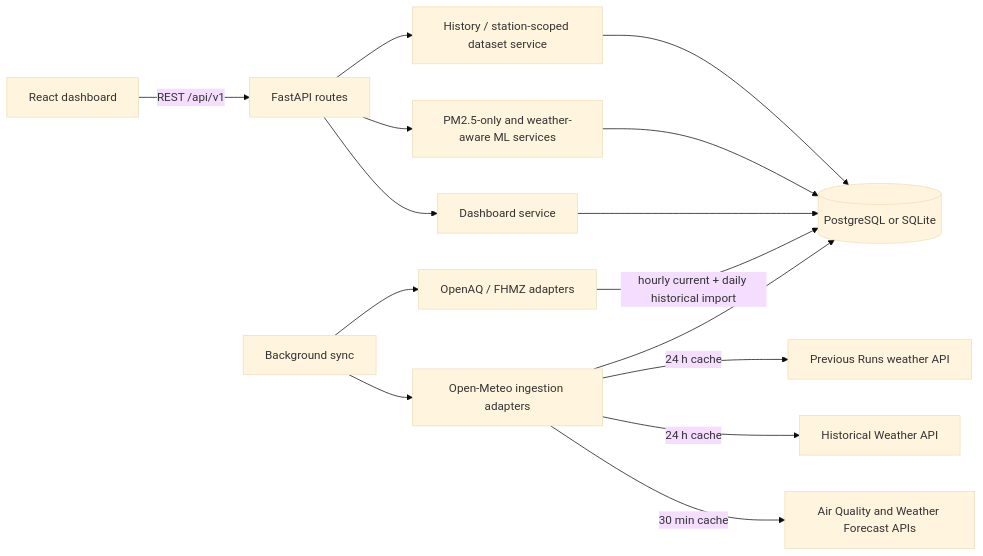
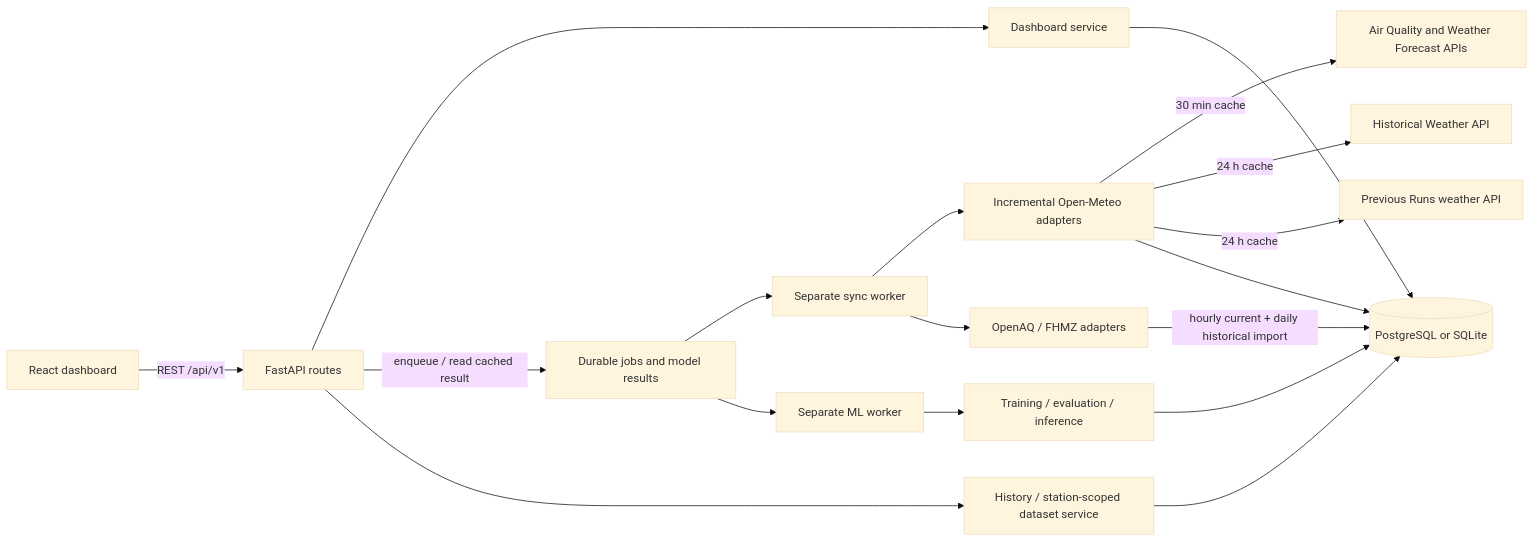
One commit to zijadpehlic1/EcoMonitor changed the diagram in README.md. Above: the diagram before and after it, drawn with Mermaid (base theme). The commit also changed other lines of this file and 41 other files, not shown here.

````diff
--- a/README.md
+++ b/README.md
@@ -89,17 +128,20 @@
 ```mermaid
 flowchart LR
     UI[React dashboard] -->|REST /api/v1| API[FastAPI routes]
     API --> DS[Dashboard service]
-    API --> ML[PM2.5-only and weather-aware ML services]
-    BG[Background sync] --> IN[Open-Meteo ingestion adapters]
+    API -->|enqueue / read cached result| Q[Durable jobs and model results]
+    Q --> BG[Separate sync worker]
+    Q --> MW[Separate ML worker]
+    MW --> ML[Training / evaluation / inference]
+    BG --> IN[Incremental Open-Meteo adapters]
     BG --> SI[OpenAQ / FHMZ adapters]
     SI -->|hourly current + daily historical import| DB
     API --> HS[History / station-scoped dataset service]
     HS --> DB
     IN -->|30 min cache| AQ[Air Quality and Weather Forecast APIs]
     IN -->|24 h cache| HW[Historical Weather API]
     IN -->|24 h cache| PR[Previous Runs weather API]
     IN --> DB[(PostgreSQL or SQLite)]
     DS --> DB
     ML --> DB
 ```
````
